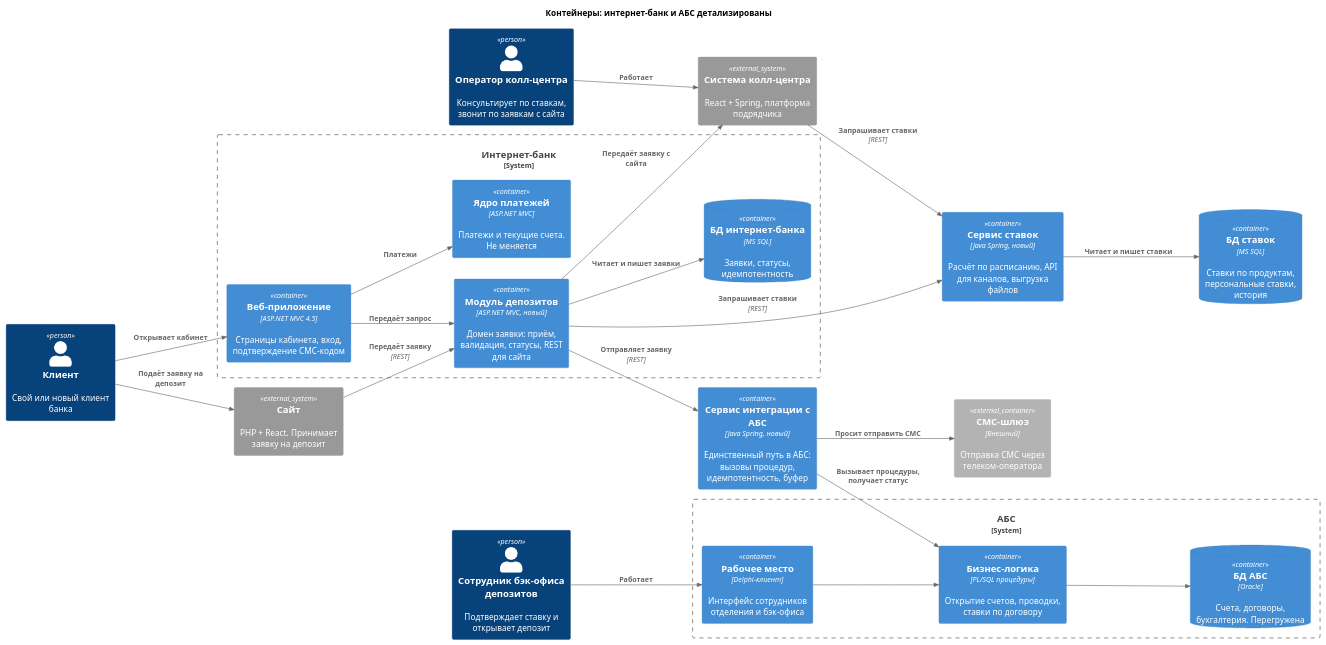
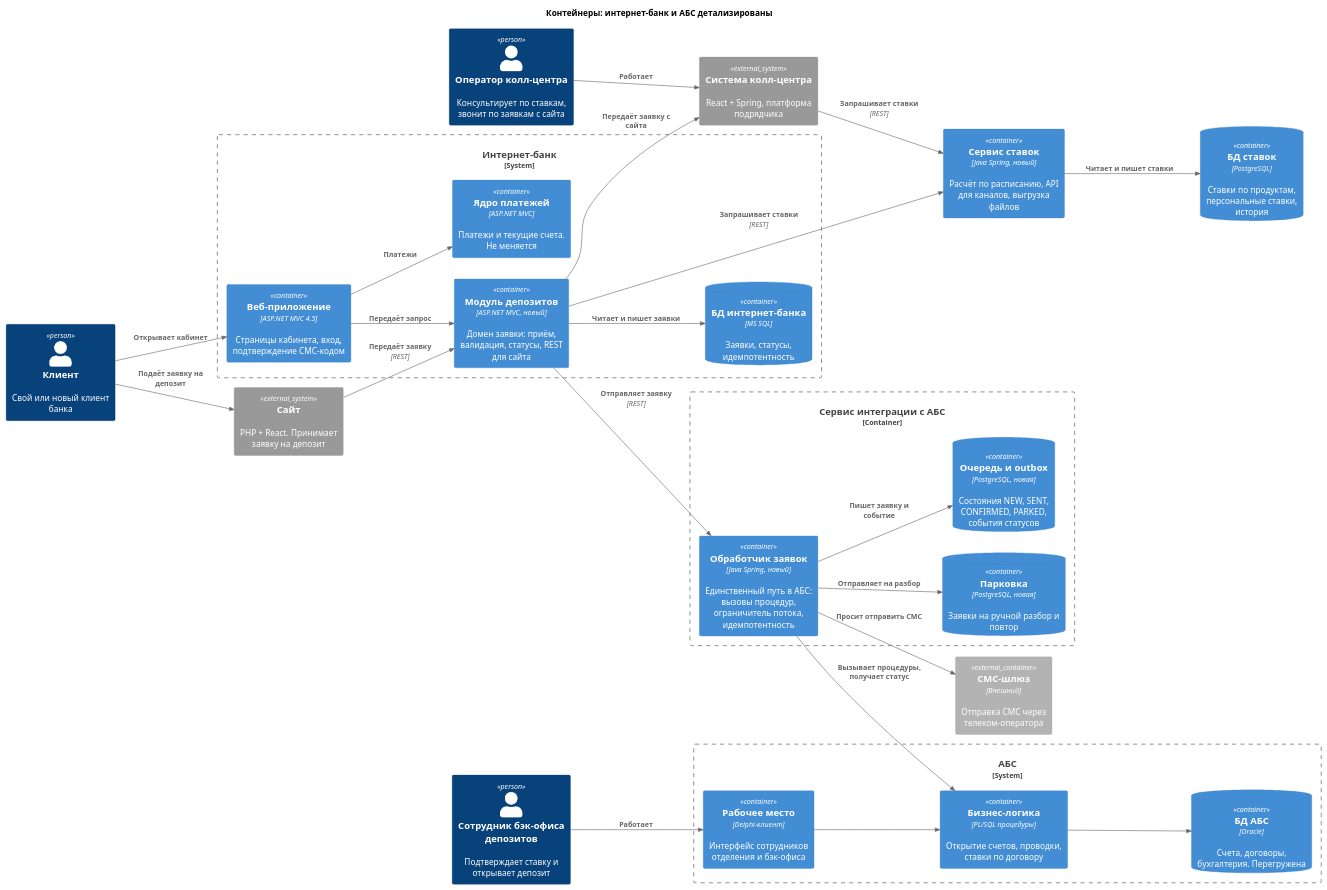
One commit to navartis/s3-architecture-pro-standart changed the diagram in Task3/c4-containers.puml. Above: the diagram before and after it, drawn with PlantUML. The commit also changed 2 other files, not shown here.

```diff
--- a/Task3/c4-containers.puml
+++ b/Task3/c4-containers.puml
@@ -1,50 +1,57 @@
 @startuml
 !include <C4/C4_Container>
 
 LAYOUT_LEFT_RIGHT()
 title Контейнеры: интернет-банк и АБС детализированы
 
 Person(client, "Клиент", "Свой или новый клиент банка")
 Person(backoffice, "Сотрудник бэк-офиса депозитов", "Подтверждает ставку и открывает депозит")
 Person(operator, "Оператор колл-центра", "Консультирует по ставкам, звонит по заявкам с сайта")
 
 System_Boundary(ib_b, "Интернет-банк") {
   Container(web, "Веб-приложение", "ASP.NET MVC 4.5", "Страницы кабинета, вход, подтверждение СМС-кодом")
   Container(dep, "Модуль депозитов", "ASP.NET MVC, новый", "Домен заявки: приём, валидация, статусы, REST для сайта")
   Container(core, "Ядро платежей", "ASP.NET MVC", "Платежи и текущие счета. Не меняется")
   ContainerDb(dbib, "БД интернет-банка", "MS SQL", "Заявки, статусы, идемпотентность")
 }
 
 System_Boundary(abs_b, "АБС") {
   Container(abs_ui, "Рабочее место", "Delphi-клиент", "Интерфейс сотрудников отделения и бэк-офиса")
   Container(abs_logic, "Бизнес-логика", "PL/SQL процедуры", "Открытие счетов, проводки, ставки по договору")
   ContainerDb(abs_db, "БД АБС", "Oracle", "Счета, договоры, бухгалтерия. Перегружена")
 }
 
-Container(int, "Сервис интеграции с АБС", "Java Spring, новый", "Единственный путь в АБС: вызовы процедур, идемпотентность, буфер")
+Container_Boundary(int_b, "Сервис интеграции с АБС") {
+  Container(int, "Обработчик заявок", "Java Spring, новый", "Единственный путь в АБС: вызовы процедур, ограничитель потока, идемпотентность")
+  ContainerDb(outbox, "Очередь и outbox", "PostgreSQL, новая", "Состояния NEW, SENT, CONFIRMED, PARKED, события статусов")
+  ContainerDb(parking, "Парковка", "PostgreSQL, новая", "Заявки на ручной разбор и повтор")
+}
+
 Container(rate, "Сервис ставок", "Java Spring, новый", "Расчёт по расписанию, API для каналов, выгрузка файлов")
-ContainerDb(ratedb, "БД ставок", "MS SQL", "Ставки по продуктам, персональные ставки, история")
+ContainerDb(ratedb, "БД ставок", "PostgreSQL", "Ставки по продуктам, персональные ставки, история")
 
 System_Ext(site, "Сайт", "PHP + React. Принимает заявку на депозит")
 System_Ext(cc, "Система колл-центра", "React + Spring, платформа подрядчика")
 Container_Ext(sms, "СМС-шлюз", "Внешний", "Отправка СМС через телеком-оператора")
 
 Rel(client, web, "Открывает кабинет")
 Rel(client, site, "Подаёт заявку на депозит")
 Rel(site, dep, "Передаёт заявку", "REST")
 Rel(dep, cc, "Передаёт заявку с сайта")
 Rel(operator, cc, "Работает")
 Rel(cc, rate, "Запрашивает ставки", "REST")
 Rel(web, dep, "Передаёт запрос")
 Rel(web, core, "Платежи")
 Rel(dep, dbib, "Читает и пишет заявки")
 Rel(dep, rate, "Запрашивает ставки", "REST")
 Rel(dep, int, "Отправляет заявку", "REST")
+Rel(int, outbox, "Пишет заявку и событие")
+Rel(int, parking, "Отправляет на разбор")
 Rel(int, abs_logic, "Вызывает процедуры, получает статус")
 Rel(int, sms, "Просит отправить СМС")
 Rel(rate, ratedb, "Читает и пишет ставки")
 Rel(backoffice, abs_ui, "Работает")
 Rel(abs_ui, abs_logic, "")
 Rel(abs_logic, abs_db, "")
 
 @enduml
```
